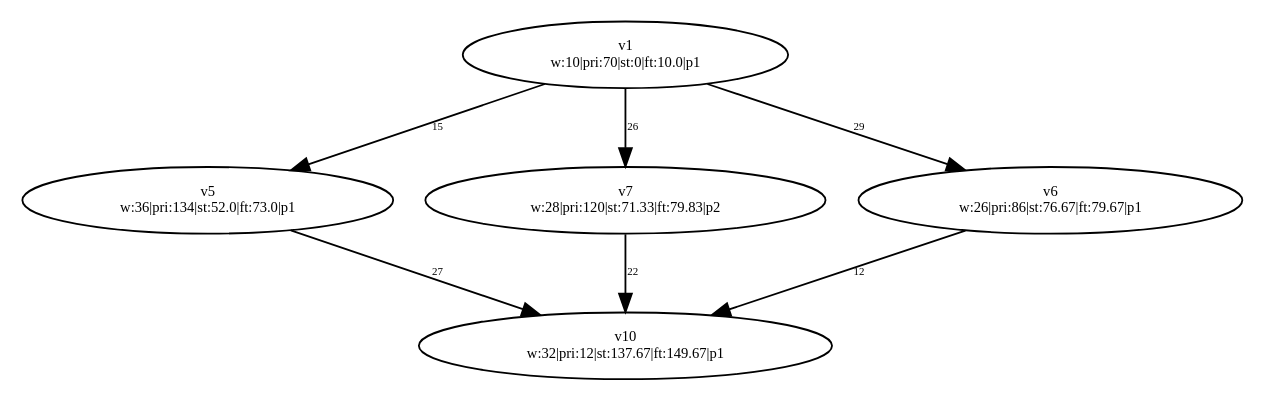
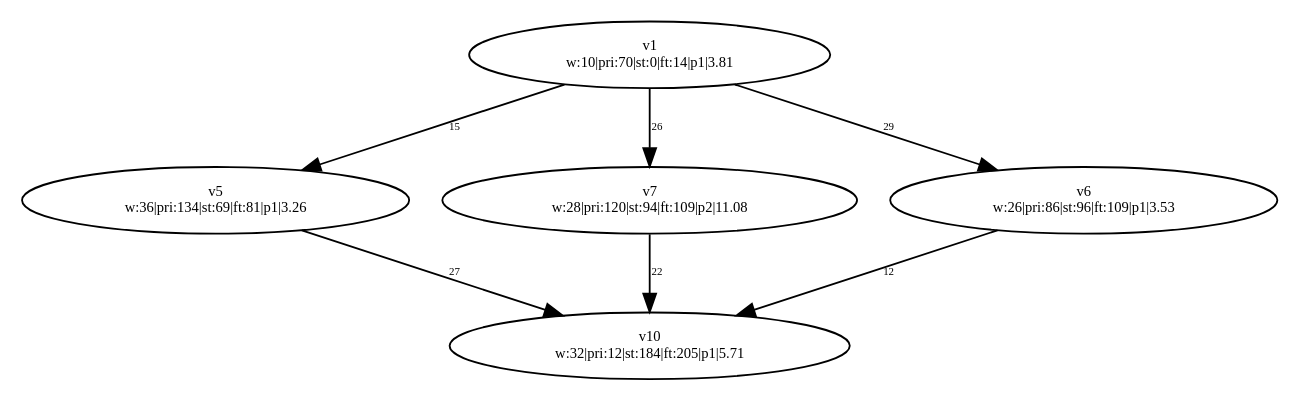
One commit to dexters1/Task-Scheduling-Based-on-Genetic-Algorithms changed the diagram in PythonApplication1/PythonApplication1/test-output/slika_5_Simplified.gv. Above: the diagram before and after it, drawn with Graphviz. The commit also changed 36 other files, not shown here.

```diff
--- a/PythonApplication1/PythonApplication1/test-output/slika_5_Simplified.gv
+++ b/PythonApplication1/PythonApplication1/test-output/slika_5_Simplified.gv
@@ -1,18 +1,18 @@
 digraph {
 	v1 [label="v1
-w:10|pri:70|st:0|ft:10.0|p1" fontsize=8.0]
+w:10|pri:70|st:0|ft:14|p1|3.81" fontsize=8.0]
 	v5 [label="v5
-w:36|pri:134|st:52.0|ft:73.0|p1" fontsize=8.0]
+w:36|pri:134|st:69|ft:81|p1|3.26" fontsize=8.0]
 	v7 [label="v7
-w:28|pri:120|st:71.33|ft:79.83|p2" fontsize=8.0]
+w:28|pri:120|st:94|ft:109|p2|11.08" fontsize=8.0]
 	v6 [label="v6
-w:26|pri:86|st:76.67|ft:79.67|p1" fontsize=8.0]
+w:26|pri:86|st:96|ft:109|p1|3.53" fontsize=8.0]
 	v10 [label="v10
-w:32|pri:12|st:137.67|ft:149.67|p1" fontsize=8.0]
+w:32|pri:12|st:184|ft:205|p1|5.71" fontsize=8.0]
 	v1 -> v5 [label=15 constraint=true fontsize=6.0]
 	v1 -> v6 [label=29 constraint=true fontsize=6.0]
 	v1 -> v7 [label=26 constraint=true fontsize=6.0]
 	v5 -> v10 [label=27 constraint=true fontsize=6.0]
 	v6 -> v10 [label=12 constraint=true fontsize=6.0]
 	v7 -> v10 [label=22 constraint=true fontsize=6.0]
 }
```
